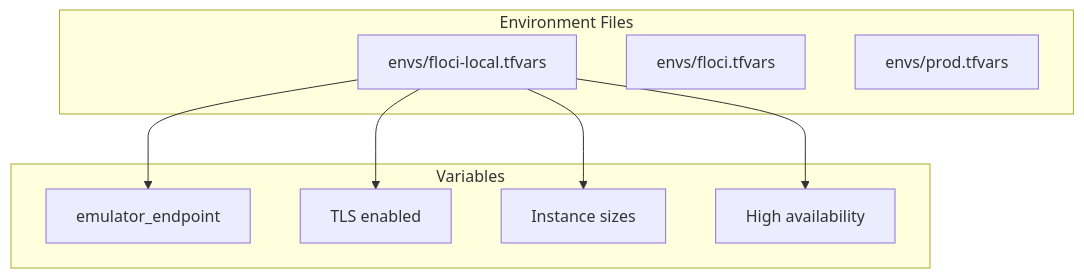
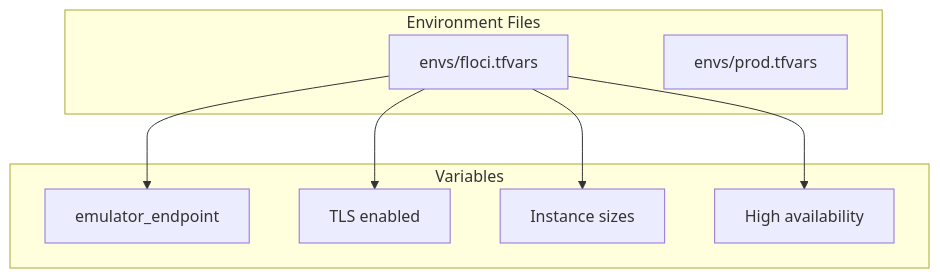
The third of 4 diagrams in infra/docs/concepts/terraform.md (kunalPisolkar24/detectAI), drawn with Mermaid before and after one commit. The commit also changed other lines of this file and 10 other files, not shown here.

````diff
--- a/infra/docs/concepts/terraform.md
+++ b/infra/docs/concepts/terraform.md
@@ -109,20 +109,19 @@
 ```mermaid
 graph TB
     subgraph "Environment Files"
-        Local[envs/floci-local.tfvars]
         Floci[envs/floci.tfvars]
         Prod[envs/prod.tfvars]
     end
     
     subgraph "Variables"
         Endpoint[emulator_endpoint]
         TLS[TLS enabled]
         Sizing[Instance sizes]
         HA[High availability]
     end
     
-    Local --> Endpoint
-    Local --> TLS
-    Local --> Sizing
-    Local --> HA
+    Floci --> Endpoint
+    Floci --> TLS
+    Floci --> Sizing
+    Floci --> HA
 ```
````
